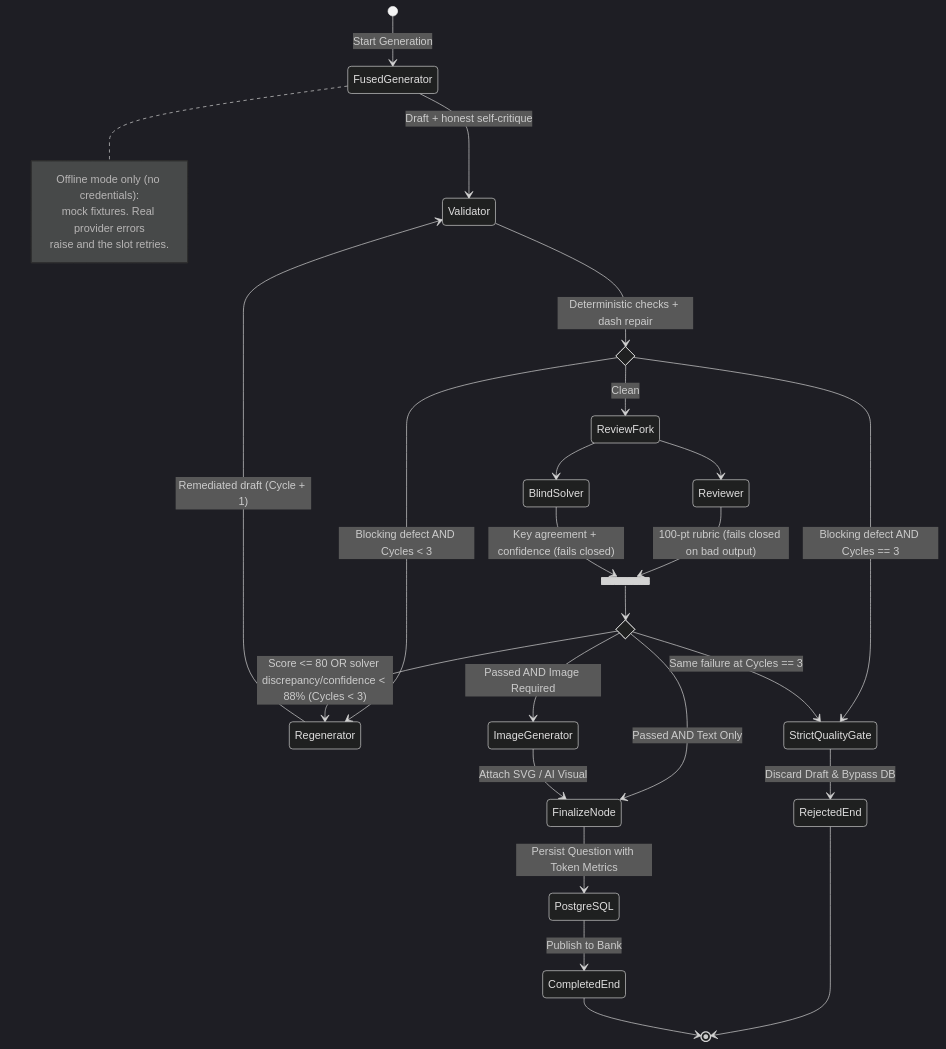
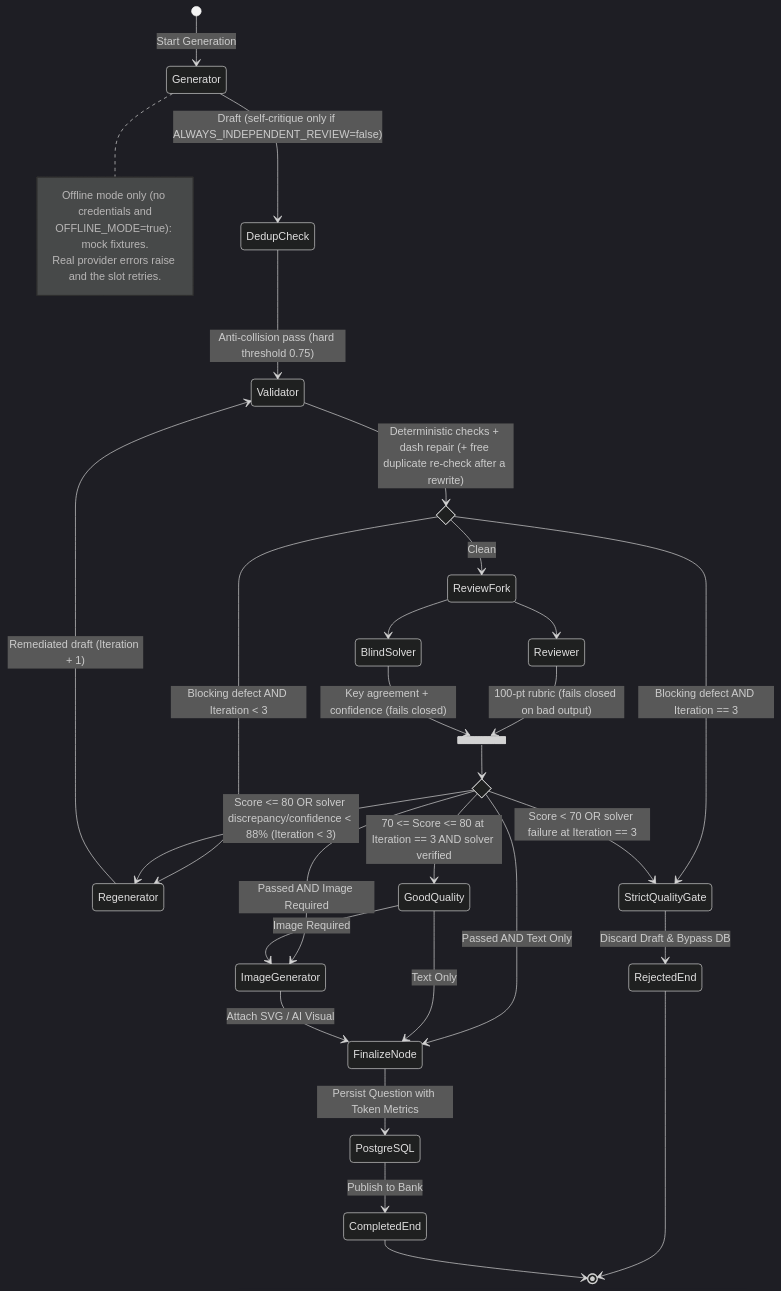
One commit to VishwamPatel-Infynno/Question-Bank-Generator changed the sixth of 15 diagrams in docs/ARCHITECTURE.md. Above: the diagram before and after it, drawn with Mermaid (dark theme). The commit also changed other lines of this file and 24 other files, not shown here.

Commit message:
docs: comprehensive documentation synchronization, architecture alignment, and glossary addition

````diff
--- a/docs/ARCHITECTURE.md
+++ b/docs/ARCHITECTURE.md
@@ -164,41 +166,45 @@
 ```mermaid
 stateDiagram-v2
-    [*] --> FusedGenerator: Start Generation
+    [*] --> Generator: Start Generation
 
-    FusedGenerator --> Validator: Draft + honest self-critique
-    note right of FusedGenerator
-        Offline mode only (no credentials):
-        mock fixtures. Real provider errors
-        raise and the slot retries.
+    Generator --> DedupCheck: Draft (self-critique only if ALWAYS_INDEPENDENT_REVIEW=false)
+    note right of Generator
+        Offline mode only (no credentials and
+        OFFLINE_MODE=true): mock fixtures.
+        Real provider errors raise and the slot retries.
     end note
+    DedupCheck --> Validator: Anti-collision pass (hard threshold 0.75)
 
     state ValidatorRouter <<choice>>
-    Validator --> ValidatorRouter: Deterministic checks + dash repair
-    ValidatorRouter --> Regenerator: Blocking defect AND Cycles < 3
-    ValidatorRouter --> StrictQualityGate: Blocking defect AND Cycles == 3
+    Validator --> ValidatorRouter: Deterministic checks + dash repair (+ free duplicate re-check after a rewrite)
+    ValidatorRouter --> Regenerator: Blocking defect AND Iteration < 3
+    ValidatorRouter --> StrictQualityGate: Blocking defect AND Iteration == 3
     ValidatorRouter --> ReviewFork: Clean
 
     state ReviewFork <<fork>>
     ReviewFork --> Reviewer
     ReviewFork --> BlindSolver
     state ReviewJoin <<join>>
     Reviewer --> ReviewJoin: 100-pt rubric (fails closed on bad output)
     BlindSolver --> ReviewJoin: Key agreement + confidence (fails closed)
 
     state GateRouter <<choice>>
     ReviewJoin --> GateRouter
-    GateRouter --> Regenerator: Score <= 80 OR solver discrepancy/confidence < 88% (Cycles < 3)
-    GateRouter --> StrictQualityGate: Same failure at Cycles == 3
-    Regenerator --> Validator: Remediated draft (Cycle + 1)
+    GateRouter --> Regenerator: Score <= 80 OR solver discrepancy/confidence < 88% (Iteration < 3)
+    GateRouter --> StrictQualityGate: Score < 70 OR solver failure at Iteration == 3
+    GateRouter --> GoodQuality: 70 <= Score <= 80 at Iteration == 3 AND solver verified
+    Regenerator --> Validator: Remediated draft (Iteration + 1)
 
     GateRouter --> ImageGenerator: Passed AND Image Required
     GateRouter --> FinalizeNode: Passed AND Text Only
+    GoodQuality --> ImageGenerator: Image Required
+    GoodQuality --> FinalizeNode: Text Only
     ImageGenerator --> FinalizeNode: Attach SVG / AI Visual
 
     StrictQualityGate --> RejectedEnd: Discard Draft & Bypass DB
     RejectedEnd --> [*]
 
     FinalizeNode --> PostgreSQL: Persist Question with Token Metrics
     PostgreSQL --> CompletedEnd: Publish to Bank
     CompletedEnd --> [*]
 ```
````
